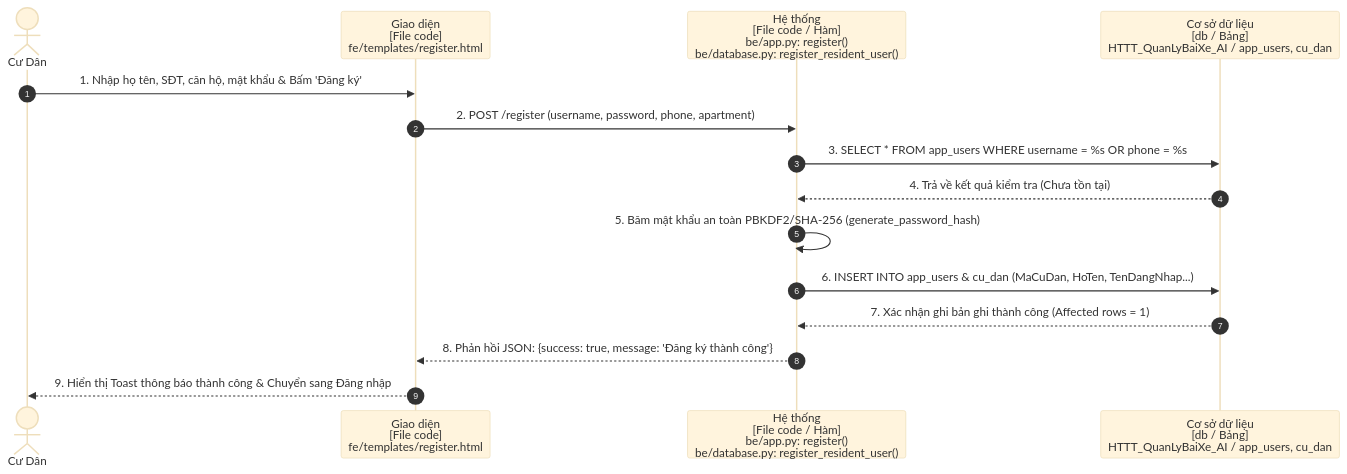
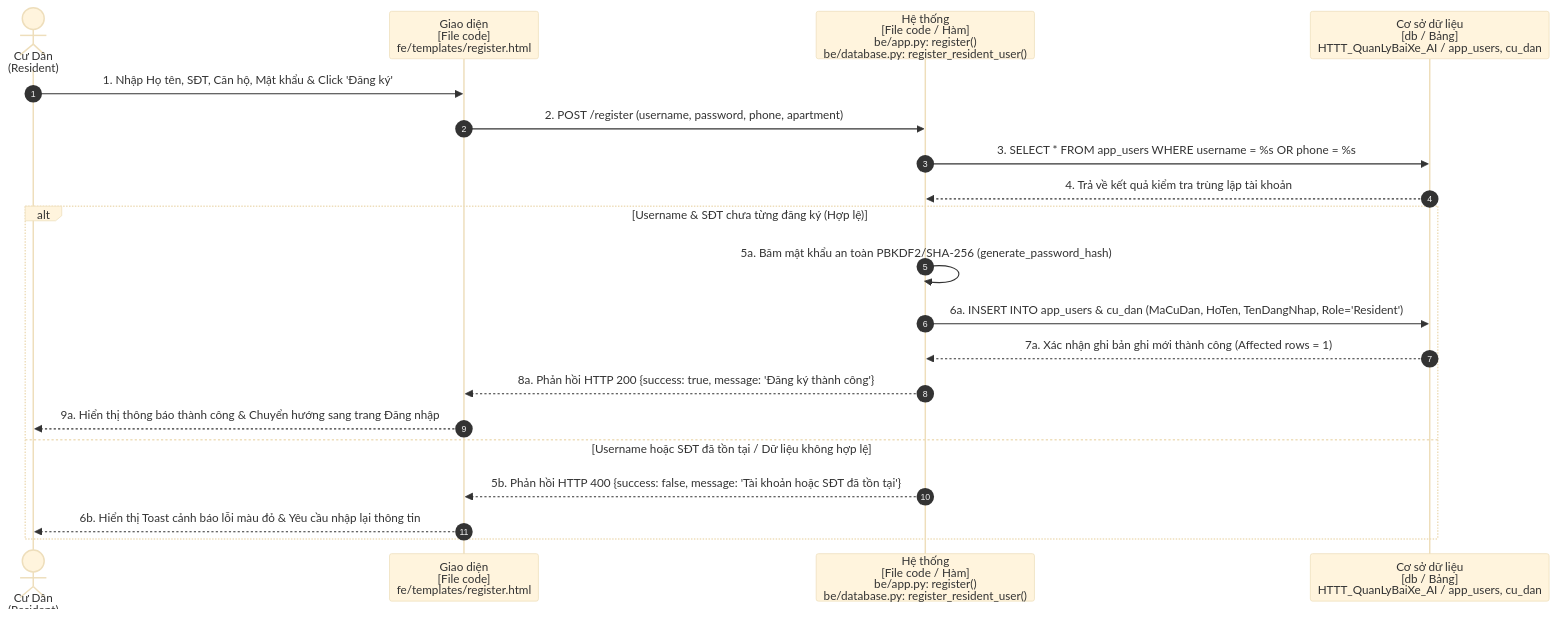
One commit to Truong027/CNPM24 changed the first of 9 diagrams in ongthanquoctruong_24CT2_cnpm/docs/SO_DO_TUAN_TU_CHI_TIET.md. Above: the diagram before and after it, drawn with Mermaid (base theme). The commit also changed other lines of this file and 26 other files, not shown here.

Commit message:
docs: update sequence diagrams with actor stick figures, alt frames, and grouped by actor

````diff
--- a/ongthanquoctruong_24CT2_cnpm/docs/SO_DO_TUAN_TU_CHI_TIET.md
+++ b/ongthanquoctruong_24CT2_cnpm/docs/SO_DO_TUAN_TU_CHI_TIET.md
@@ -73,18 +100,24 @@
 ```mermaid
 sequenceDiagram
     autonumber
-    actor Resident as Cư Dân
+    actor Resident as Cư Dân<br/>(Resident)
     participant UI as Giao diện<br/>[File code]<br/>fe/templates/register.html
     participant Sys as Hệ thống<br/>[File code / Hàm]<br/>be/app.py: register()<br/>be/database.py: register_resident_user()
     participant DB as Cơ sở dữ liệu<br/>[db / Bảng]<br/>HTTT_QuanLyBaiXe_AI / app_users, cu_dan
 
-    Resident->>UI: 1. Nhập họ tên, SĐT, căn hộ, mật khẩu & Bấm 'Đăng ký'
+    Resident->>UI: 1. Nhập Họ tên, SĐT, Căn hộ, Mật khẩu & Click 'Đăng ký'
     UI->>Sys: 2. POST /register (username, password, phone, apartment)
     Sys->>DB: 3. SELECT * FROM app_users WHERE username = %s OR phone = %s
-    DB-->>Sys: 4. Trả về kết quả kiểm tra (Chưa tồn tại)
-    Sys->>Sys: 5. Băm mật khẩu an toàn PBKDF2/SHA-256 (generate_password_hash)
-    Sys->>DB: 6. INSERT INTO app_users & cu_dan (MaCuDan, HoTen, TenDangNhap...)
-    DB-->>Sys: 7. Xác nhận ghi bản ghi thành công (Affected rows = 1)
-    Sys-->>UI: 8. Phản hồi JSON: {success: true, message: 'Đăng ký thành công'}
-    UI-->>Resident: 9. Hiển thị Toast thông báo thành công & Chuyển sang Đăng nhập
+    DB-->>Sys: 4. Trả về kết quả kiểm tra trùng lặp tài khoản
+
+    alt Username & SĐT chưa từng đăng ký (Hợp lệ)
+        Sys->>Sys: 5a. Băm mật khẩu an toàn PBKDF2/SHA-256 (generate_password_hash)
+        Sys->>DB: 6a. INSERT INTO app_users & cu_dan (MaCuDan, HoTen, TenDangNhap, Role='Resident')
+        DB-->>Sys: 7a. Xác nhận ghi bản ghi mới thành công (Affected rows = 1)
+        Sys-->>UI: 8a. Phản hồi HTTP 200 {success: true, message: 'Đăng ký thành công'}
+        UI-->>Resident: 9a. Hiển thị thông báo thành công & Chuyển hướng sang trang Đăng nhập
+    else Username hoặc SĐT đã tồn tại / Dữ liệu không hợp lệ
+        Sys-->>UI: 5b. Phản hồi HTTP 400 {success: false, message: 'Tài khoản hoặc SĐT đã tồn tại'}
+        UI-->>Resident: 6b. Hiển thị Toast cảnh báo lỗi màu đỏ & Yêu cầu nhập lại thông tin
+    end
 ```
````
